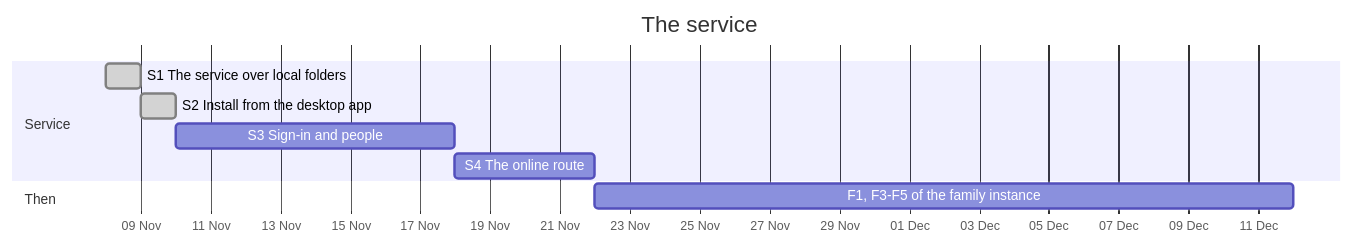
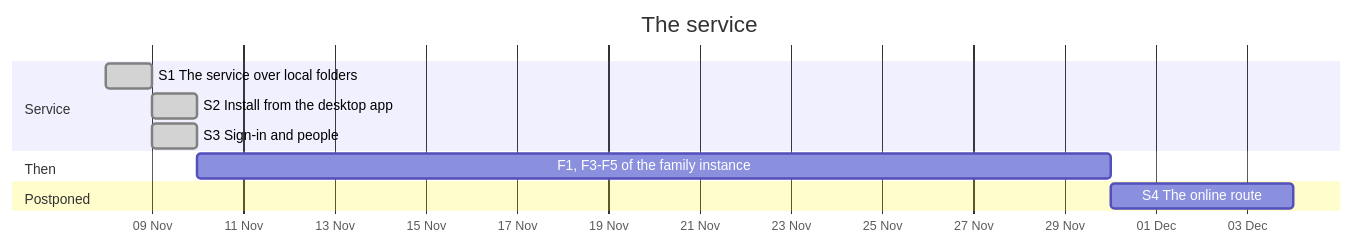
Before and after one commit to jgermade/jackbird: the diagram in ROADMAP/2026-11-08/service.md, drawn with Mermaid. The commit also changed other lines of this file and 129 other files, not shown here.

First line of the commit message:
docs(record): S3 plan, sign-in and people (#12)

````diff
--- a/ROADMAP/2026-11-08/service.md
+++ b/ROADMAP/2026-11-08/service.md
@@ -15,13 +15,14 @@
 ```mermaid
 gantt
   title The service
   dateFormat YYYY-MM-DD
   axisFormat %d %b
   section Service
     S1 The service over local folders              :done, s1, 2026-11-08, 1d
     S2 Install from the desktop app                :done, s2, after s1, 1d
-    S3 Sign-in and people                          :s3, after s2, 8d
-    S4 The online route                            :s4, after s3, 4d
+    S3 Sign-in and people                          :done, s3, 2026-11-09, 1d
   section Then
-    F1, F3-F5 of the family instance               :f, after s4, 20d
+    F1, F3-F5 of the family instance               :f, after s3, 20d
+  section Postponed
+    S4 The online route                            :s4, after f, 4d
 ```
````
